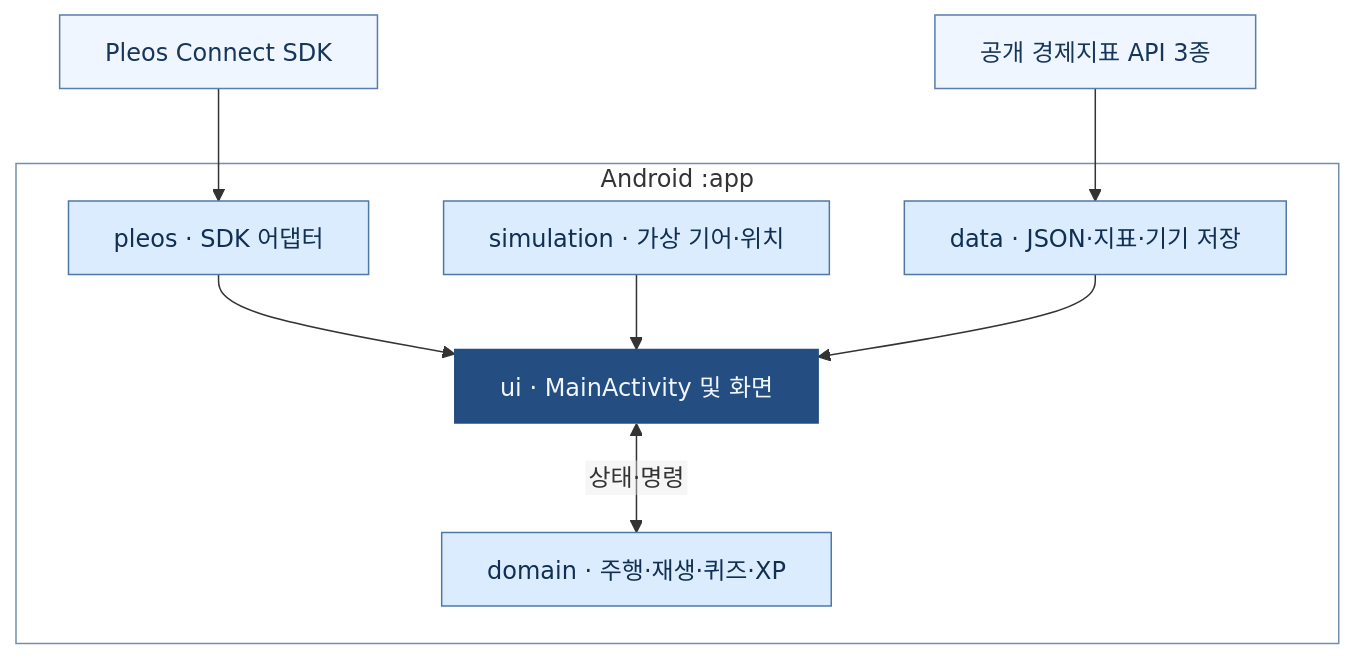
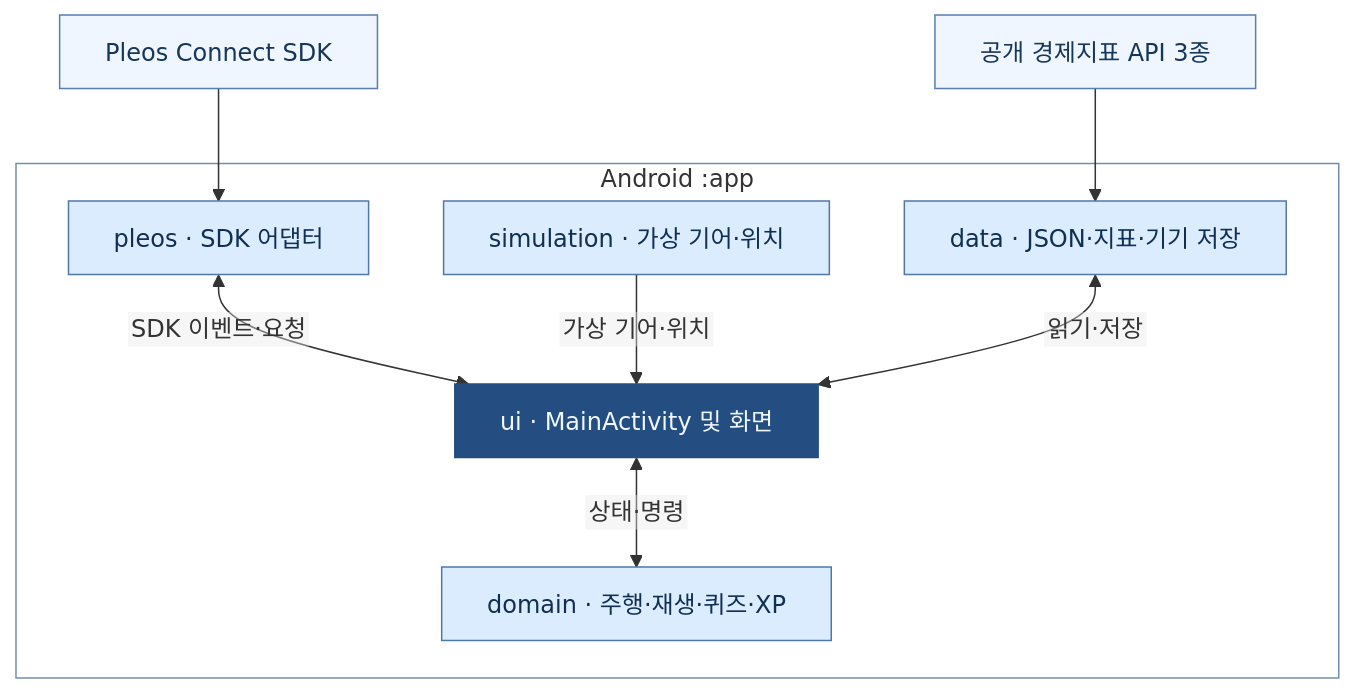
Before and after one commit to beolene1/ROUTEONOMY: the second of 2 diagrams in README.md, drawn with Mermaid. The commit also changed other lines of this file, not shown here.

Commit message:
docs: README 다이어그램을 코드 흐름에 맞게 고치고 SDK 흐름 설명·구현 포인트·팀원 링크 보강 (#7)

````diff
--- a/README.md
+++ b/README.md
@@ -262,33 +279,33 @@
 ```mermaid
 ---
 config:
   htmlLabels: false
 ---
 flowchart TB
     sdk["Pleos Connect SDK"]
     api["공개 경제지표 API 3종"]
 
     subgraph app ["Android :app"]
         pleos["pleos · SDK 어댑터"]
         sim["simulation · 가상 기어·위치"]
         data["data · JSON·지표·기기 저장"]
         ui["ui · MainActivity 및 화면"]
         domain["domain · 주행·재생·퀴즈·XP"]
 
-        pleos --> ui
-        sim --> ui
-        data --> ui
+        pleos <-->|"SDK 이벤트·요청"| ui
+        sim -->|"가상 기어·위치"| ui
+        data <-->|"읽기·저장"| ui
         ui <-->|"상태·명령"| domain
     end
 
     sdk --> pleos
     api --> data
 
     classDef external fill:#eff6ff,stroke:#577ead,color:#16365a
     classDef pkg fill:#dcecff,stroke:#4f78a8,color:#102f53
     classDef hub fill:#244e81,stroke:#244e81,color:#f0f7ff
     class sdk,api external
     class pleos,sim,data,domain pkg
     class ui hub
     style app fill:none,stroke:#738eac
 ```
````
